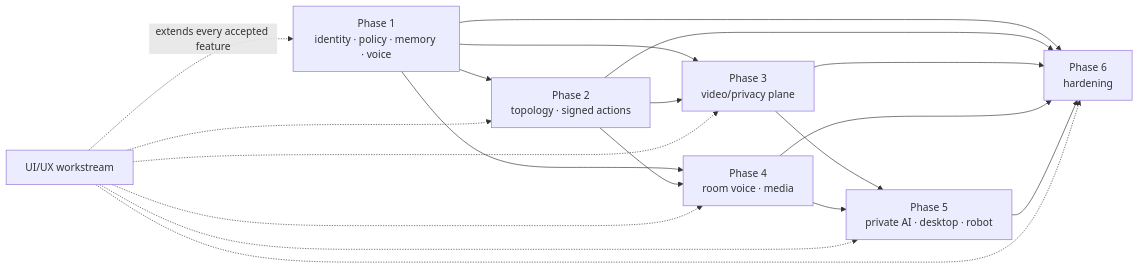
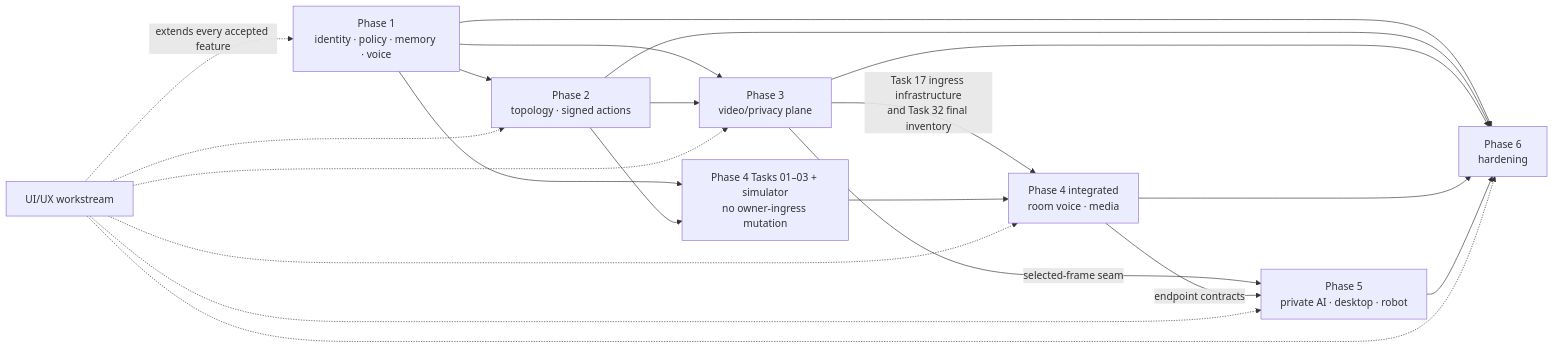
The first of 13 diagrams in docs/superpowers/specs/2026-08-27-tuntun-program-architecture-a-h.md (infosecbot1/TunTun), drawn with Mermaid before and after one commit. The commit also changed other lines of this file and 24 other files, not shown here.

````diff
--- a/docs/superpowers/specs/2026-08-27-tuntun-program-architecture-a-h.md
+++ b/docs/superpowers/specs/2026-08-27-tuntun-program-architecture-a-h.md
@@ -154,21 +155,23 @@
 ```mermaid
 flowchart LR
   P1[Phase 1\nidentity · policy · memory · voice] --> P2[Phase 2\ntopology · signed actions]
   P1 --> P3[Phase 3\nvideo/privacy plane]
   P2 --> P3
-  P1 --> P4[Phase 4\nroom voice · media]
-  P2 --> P4
-  P3 --> P5[Phase 5\nselected-frame seam]
-  P4 --> P5[Phase 5\nprivate AI · desktop · robot]
+  P1 --> P4E[Phase 4 Tasks 01–03 + simulator\nno owner-ingress mutation]
+  P2 --> P4E
+  P3 -->|Task 17 ingress infrastructure\nand Task 32 final inventory| P4[Phase 4 integrated\nroom voice · media]
+  P4E --> P4
+  P3 -->|selected-frame seam| P5[Phase 5\nprivate AI · desktop · robot]
+  P4 -->|endpoint contracts| P5
   P1 --> P6[Phase 6\nhardening]
   P2 --> P6
   P3 --> P6
   P4 --> P6
   P5 --> P6
   UI[UI/UX workstream] -. extends every accepted feature .-> P1
   UI -.-> P2
   UI -.-> P3
   UI -.-> P4
   UI -.-> P5
   UI -.-> P6
 ```
````
